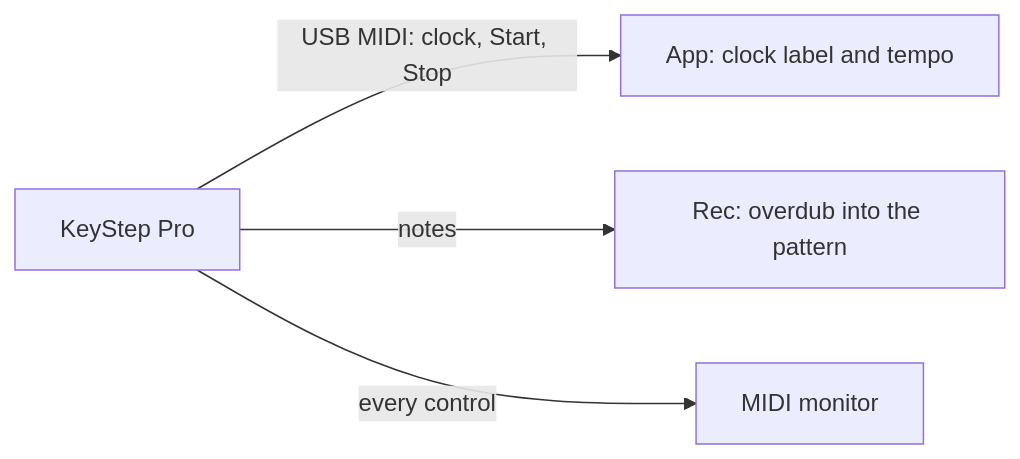
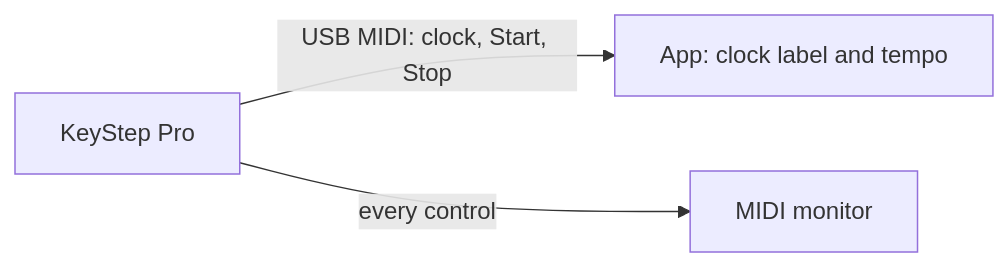
The diagram in docs/manual/user/06-track-cards.md (lgarraza/KeyStepProStudio), drawn with Mermaid before and after one commit. The commit also changed other lines of this file and 11 other files, not shown here.

First line of the commit message:
Remove Rec (overdub): it only recorded the KeyStep's own sequencer echo

````diff
--- a/docs/manual/user/06-track-cards.md
+++ b/docs/manual/user/06-track-cards.md
@@ -26,6 +26,5 @@
 ```mermaid
 flowchart LR
   K[KeyStep Pro] -- "USB MIDI: clock, Start, Stop" --> A[App: clock label and tempo]
-  K -- "notes" --> R[Rec: overdub into the pattern]
   K -- "every control" --> M[MIDI monitor]
 ```
````
